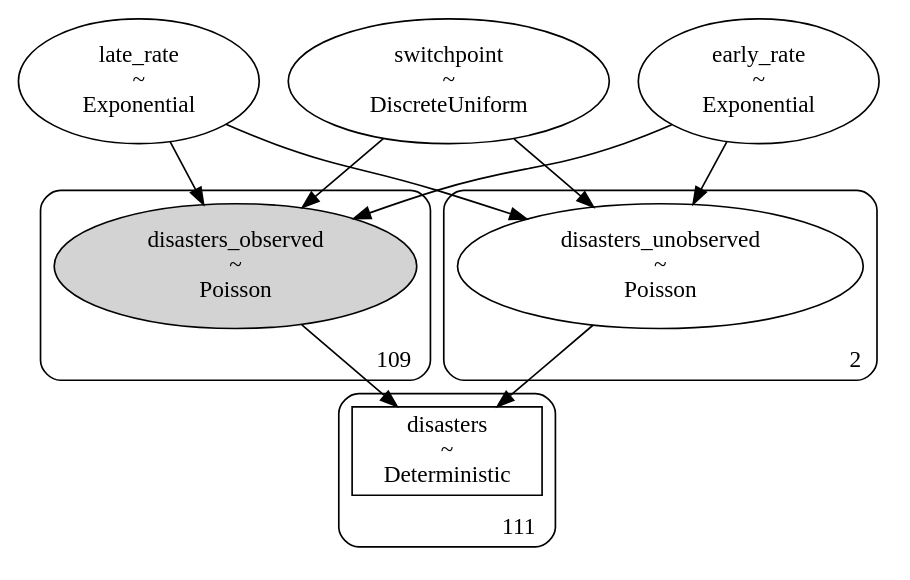
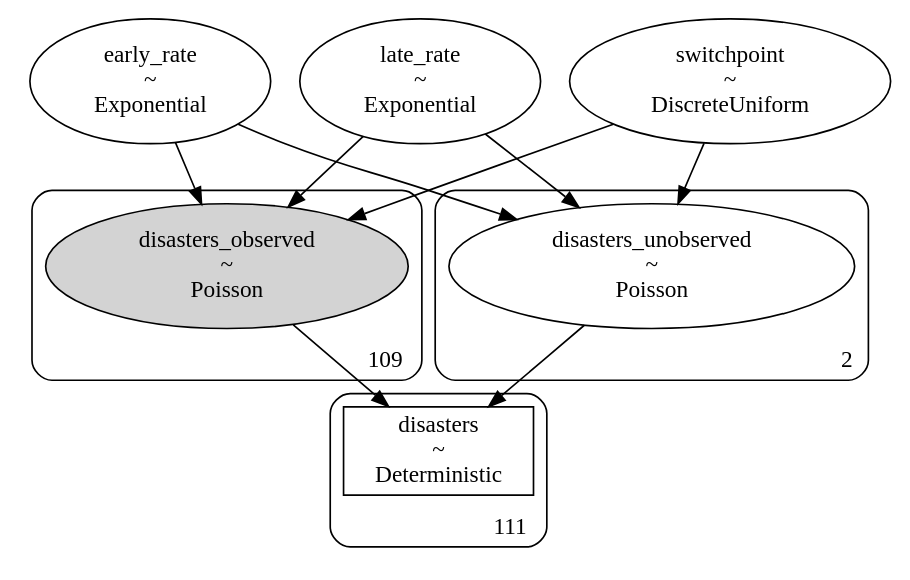
One commit to dcarrasquet/MDiNE-Explorer changed the diagram in Test_graph.gv. Above: the diagram before and after it, drawn with Graphviz. The commit also changed other lines of this file and 6 other files, not shown here.

```diff
--- a/Test_graph.gv
+++ b/Test_graph.gv
@@ -1,37 +1,37 @@
 digraph {
+	switchpoint [label="switchpoint
+~
+DiscreteUniform" shape=ellipse]
 	early_rate [label="early_rate
 ~
 Exponential" shape=ellipse]
 	late_rate [label="late_rate
 ~
 Exponential" shape=ellipse]
-	switchpoint [label="switchpoint
-~
-DiscreteUniform" shape=ellipse]
 	subgraph cluster109 {
 		disasters_observed [label="disasters_observed
 ~
 Poisson" shape=ellipse style=filled]
 		label=109 labeljust=r labelloc=b style=rounded
 	}
 	subgraph cluster2 {
 		disasters_unobserved [label="disasters_unobserved
 ~
 Poisson" shape=ellipse]
 		label=2 labeljust=r labelloc=b style=rounded
 	}
 	subgraph cluster111 {
 		disasters [label="disasters
 ~
 Deterministic" shape=box]
 		label=111 labeljust=r labelloc=b style=rounded
 	}
+	switchpoint -> disasters_observed
 	early_rate -> disasters_observed
 	late_rate -> disasters_observed
-	switchpoint -> disasters_observed
+	switchpoint -> disasters_unobserved
 	early_rate -> disasters_unobserved
 	late_rate -> disasters_unobserved
-	switchpoint -> disasters_unobserved
 	disasters_observed -> disasters
 	disasters_unobserved -> disasters
 }
```
